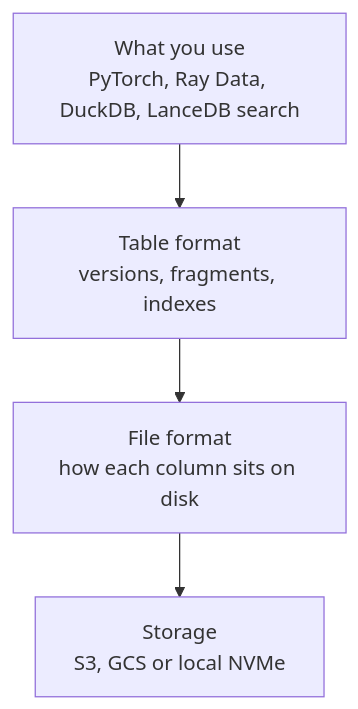
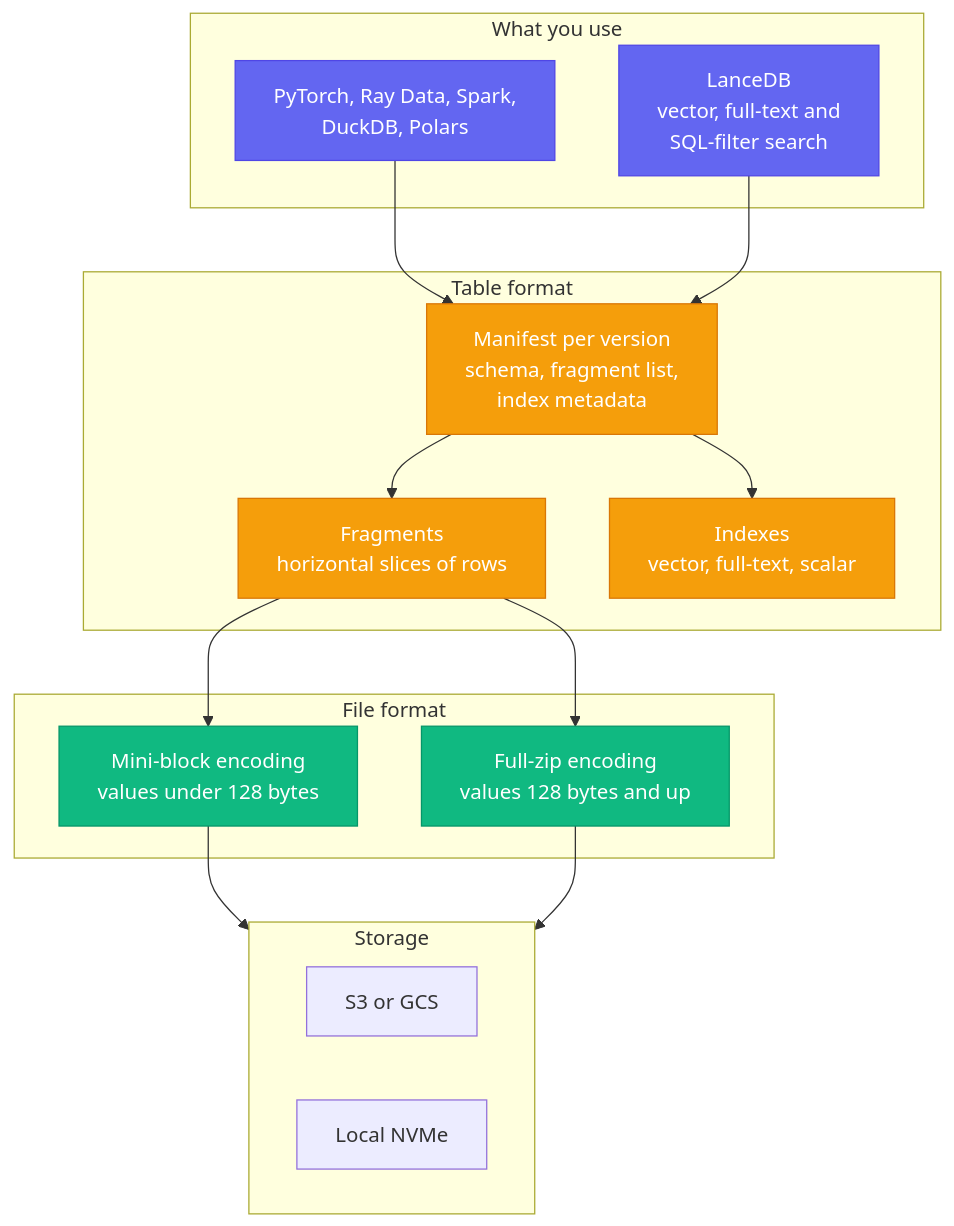
Before and after one commit to gopikrishtummala/gopikrishtummala.github.io: the first of 4 diagrams in src/data/blog/mlops/lance-lancedb-data-layer-for-ml.md, drawn with Mermaid. The commit also changed other lines of this file and 15 other files, not shown here.

First line of the commit message:
Restore every diagram removed in the style.md cleanup

````diff
--- a/src/data/blog/mlops/lance-lancedb-data-layer-for-ml.md
+++ b/src/data/blog/mlops/lance-lancedb-data-layer-for-ml.md
@@ -44,6 +44,34 @@
 ```mermaid
-flowchart TB
-  E["What you use<br/>PyTorch, Ray Data, DuckDB, LanceDB search"] --> T["Table format<br/>versions, fragments, indexes"]
-  T --> F["File format<br/>how each column sits on disk"]
-  F --> S["Storage<br/>S3, GCS or local NVMe"]
+flowchart TD
+  subgraph App["What you use"]
+    ENG["PyTorch, Ray Data, Spark,<br/>DuckDB, Polars"]
+    LDB["LanceDB<br/>vector, full-text and<br/>SQL-filter search"]
+  end
+  subgraph Table["Table format"]
+    MAN["Manifest per version<br/>schema, fragment list,<br/>index metadata"]
+    FRAG["Fragments<br/>horizontal slices of rows"]
+    IDX["Indexes<br/>vector, full-text, scalar"]
+  end
+  subgraph File["File format"]
+    MB["Mini-block encoding<br/>values under 128 bytes"]
+    FZ["Full-zip encoding<br/>values 128 bytes and up"]
+  end
+  subgraph Store["Storage"]
+    OBJ["S3 or GCS"]
+    NVME["Local NVMe"]
+  end
+  ENG --> MAN
+  LDB --> MAN
+  MAN --> FRAG
+  MAN --> IDX
+  FRAG --> MB
+  FRAG --> FZ
+  MB --> Store
+  FZ --> Store
+  classDef app fill:#6366f1,color:#fff,stroke:#4f46e5
+  classDef tbl fill:#f59e0b,color:#fff,stroke:#d97706
+  classDef fil fill:#10b981,color:#fff,stroke:#059669
+  class ENG,LDB app
+  class MAN,FRAG,IDX tbl
+  class MB,FZ fil
 ```
````
